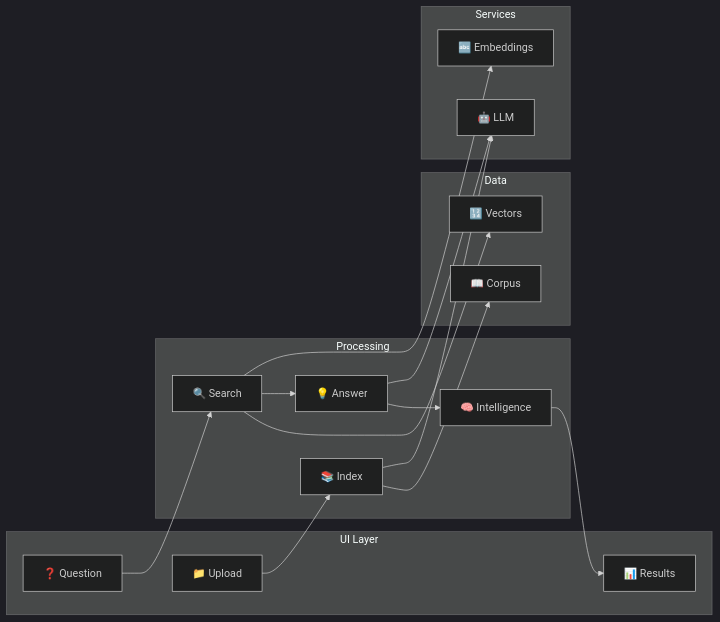
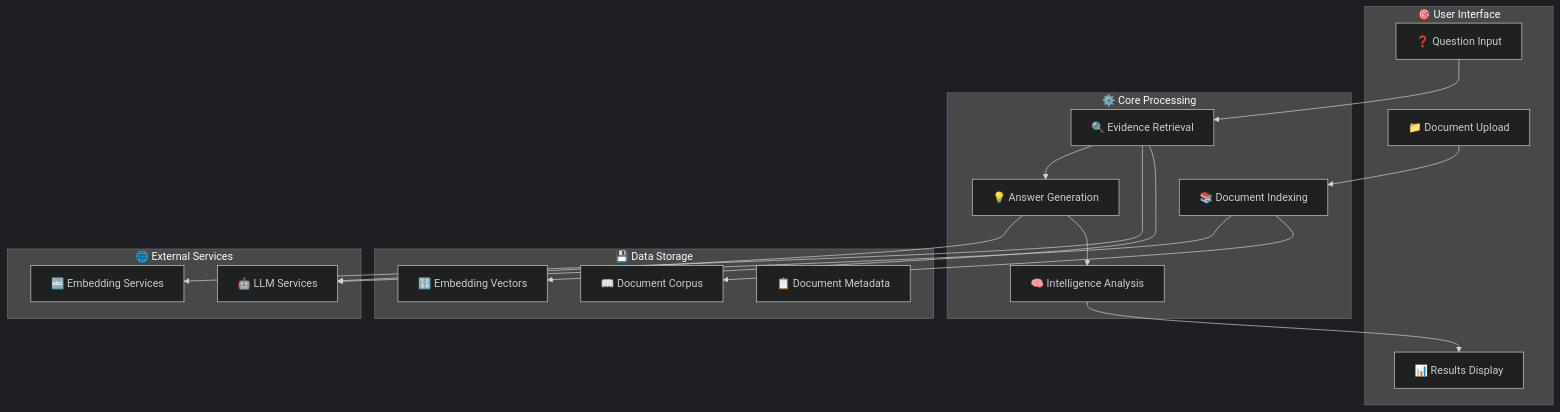
One commit to usathyan/paper-qa-ui changed the first of 18 diagrams in docs/DEVELOPER.md. Above: the diagram before and after it, drawn with Mermaid (dark theme).

Commit message:
Completely redesign High-Level System Architecture diagram for visual appeal
- Changed back to TB (top-bottom) layout for better hierarchical flow
- Added emojis to subgraph titles for visual hierarchy
- Enhanced component names for clarity (Document Upload, Evidence Retrieval, etc.)
- Added Document Metadata component to Data Storage
- Improved arrow flow to show bidirectional relationships
- Better visual separation between layers
- More descriptive and professional appearance
- Clearer system boundaries and data flow

````diff
--- a/docs/DEVELOPER.md
+++ b/docs/DEVELOPER.md
@@ -28,37 +28,41 @@
 ```mermaid
-graph LR
-    subgraph "UI Layer"
-        UPLOAD[📁 Upload]
-        QUERY[❓ Question]
-        DISPLAY[📊 Results]
+graph TB
+    subgraph "🎯 User Interface"
+        UPLOAD[📁 Document Upload]
+        QUERY[❓ Question Input]
+        DISPLAY[📊 Results Display]
     end
     
-    subgraph "Processing"
-        INDEX[📚 Index]
-        SEARCH[🔍 Search]
-        ANSWER[💡 Answer]
-        INTELL[🧠 Intelligence]
+    subgraph "⚙️ Core Processing"
+        INDEX[📚 Document Indexing]
+        SEARCH[🔍 Evidence Retrieval]
+        ANSWER[💡 Answer Generation]
+        INTELL[🧠 Intelligence Analysis]
     end
     
-    subgraph "Data"
-        CORPUS[📖 Corpus]
-        VECTORS[🔢 Vectors]
+    subgraph "💾 Data Storage"
+        CORPUS[📖 Document Corpus]
+        VECTORS[🔢 Embedding Vectors]
+        METADATA[📋 Document Metadata]
     end
     
-    subgraph "Services"
-        LLM[🤖 LLM]
-        EMB[🔤 Embeddings]
+    subgraph "🌐 External Services"
+        LLM[🤖 LLM Services]
+        EMB[🔤 Embedding Services]
     end
     
     UPLOAD --> INDEX
     QUERY --> SEARCH
+    
     INDEX --> CORPUS
+    INDEX --> LLM
+    
     SEARCH --> VECTORS
+    SEARCH --> EMB
     SEARCH --> ANSWER
+    
     ANSWER --> INTELL
+    ANSWER --> LLM
+    
     INTELL --> DISPLAY
-    
-    INDEX --> LLM
-    SEARCH --> EMB
-    ANSWER --> LLM
 ```
````
